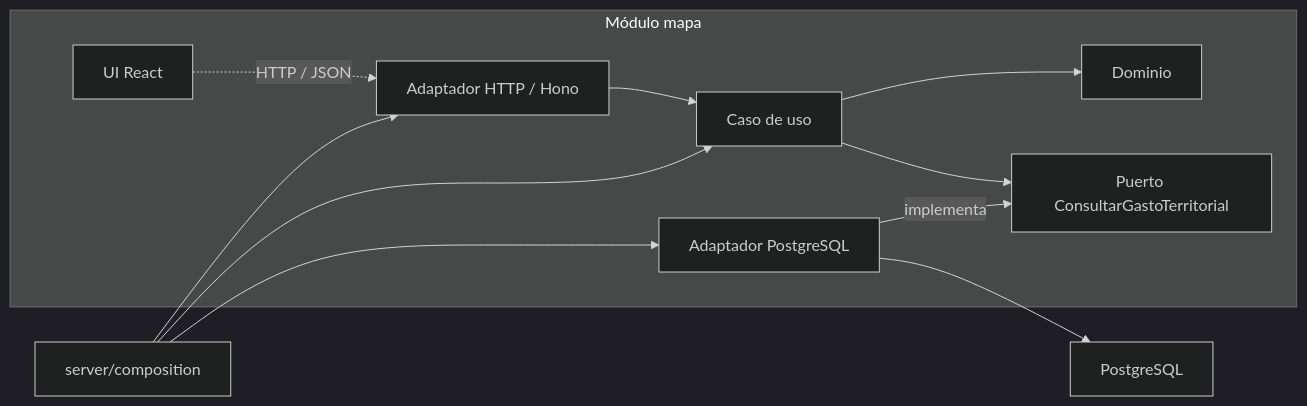
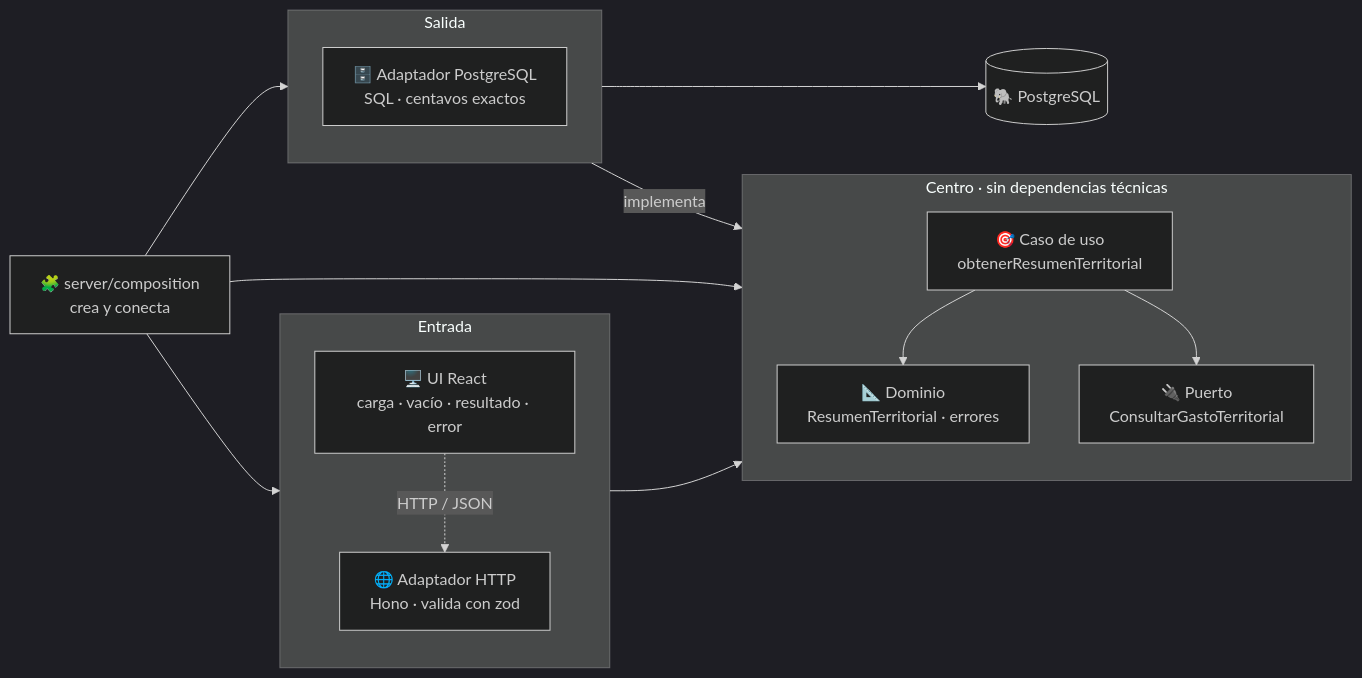
One commit to EKOU-Solutions/EKOU-Elephants changed the third of 4 diagrams in docs/arquitectura.md. Above: the diagram before and after it, drawn with Mermaid (dark theme). The commit also changed other lines of this file and 1 other file, not shown here.

First line of the commit message:
fix(tests): run integration migrations via node-pg-migrate API; restyle architecture diagrams

````diff
--- a/docs/arquitectura.md
+++ b/docs/arquitectura.md
@@ -49,20 +81,33 @@
 ```mermaid
 flowchart LR
-  subgraph MODULO["Módulo mapa"]
-    UI["UI React"]
-    HTTP["Adaptador HTTP / Hono"]
-    CASO["Caso de uso"]
-    DOMINIO["Dominio"]
-    PUERTO["Puerto ConsultarGastoTerritorial"]
-    PG["Adaptador PostgreSQL"]
+    subgraph ENTRADA["Entrada"]
+        direction TB
+        UI["🖥️ UI React<br/>carga · vacío · resultado · error"]
+        HTTP["🌐 Adaptador HTTP<br/>Hono · valida con zod"]
+    end
+
+    subgraph CENTRO["Centro · sin dependencias técnicas"]
+        direction TB
+        CASO["🎯 Caso de uso<br/>obtenerResumenTerritorial"]
+        DOMINIO["📐 Dominio<br/>ResumenTerritorial · errores"]
+        PUERTO["🔌 Puerto<br/>ConsultarGastoTerritorial"]
+        CASO --> DOMINIO
+        CASO --> PUERTO
+    end
+
+    subgraph SALIDA["Salida"]
+        direction TB
+        PG["🗄️ Adaptador PostgreSQL<br/>SQL · centavos exactos"]
+    end
+
+    COMPOSICION["🧩 server/composition<br/>crea y conecta"]
+    DB[("🐘 PostgreSQL")]
+
     UI -.->|"HTTP / JSON"| HTTP
     HTTP --> CASO
-    CASO --> DOMINIO
-    CASO --> PUERTO
     PG -->|"implementa"| PUERTO
-  end
-  COMPOSICION["server/composition"] --> HTTP
-  COMPOSICION --> CASO
-  COMPOSICION --> PG
-  PG --> DB["PostgreSQL"]
+    PG --> DB
+    COMPOSICION --> HTTP
+    COMPOSICION --> CASO
+    COMPOSICION --> PG
 ```
````
